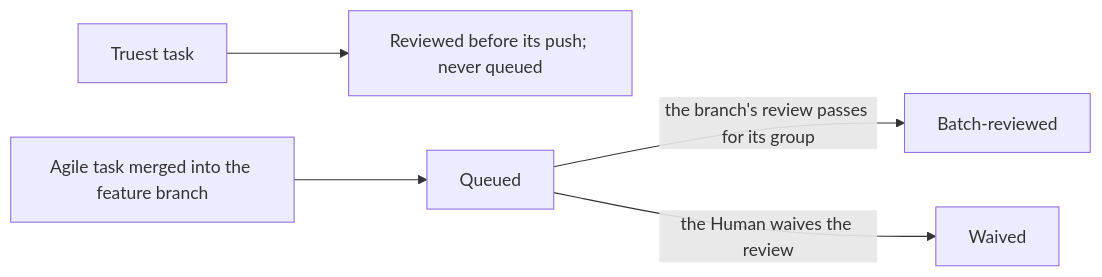
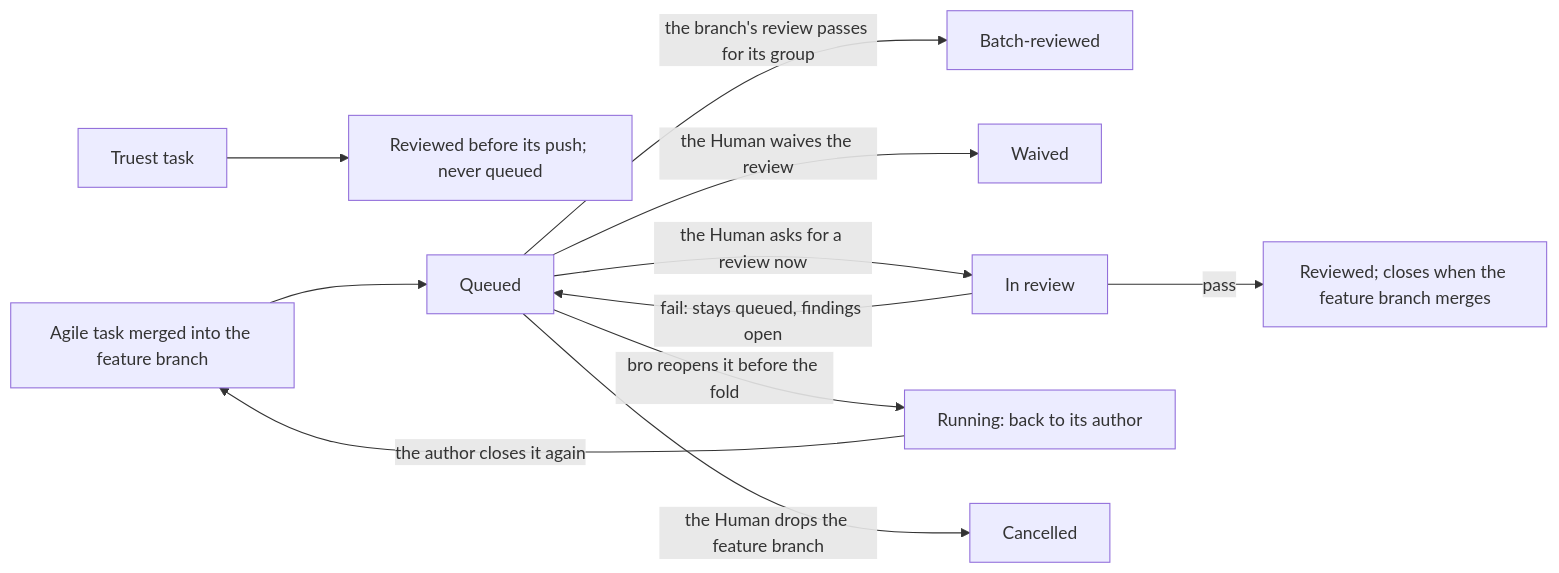
The third of 8 diagrams in docs/architecture/AGILE.md (trustmybot/plugin), drawn with Mermaid before and after one commit. The commit also changed other lines of this file and 6 other files, not shown here.

First line of the commit message:
📝 docs(schema): planned schema v75 and the task lifecycle it enforces (GH 3224) (#3251)

````diff
--- a/docs/architecture/AGILE.md
+++ b/docs/architecture/AGILE.md
@@ -66,7 +66,13 @@
 ```mermaid
 flowchart LR
     T[Truest task] --> RV[Reviewed before its push; never queued]
     A[Agile task merged into the feature branch] --> Q[Queued]
     Q -- the branch's review passes for its group --> BR[Batch-reviewed]
     Q -- the Human waives the review --> W[Waived]
+    Q -- the Human asks for a review now --> IR[In review]
+    IR -- pass --> RD[Reviewed; closes when the feature branch merges]
+    IR -- fail: stays queued, findings open --> Q
+    Q -- bro reopens it before the fold --> RW[Running: back to its author]
+    RW -- the author closes it again --> A
+    Q -- the Human drops the feature branch --> ES[Cancelled]
 ```
````
